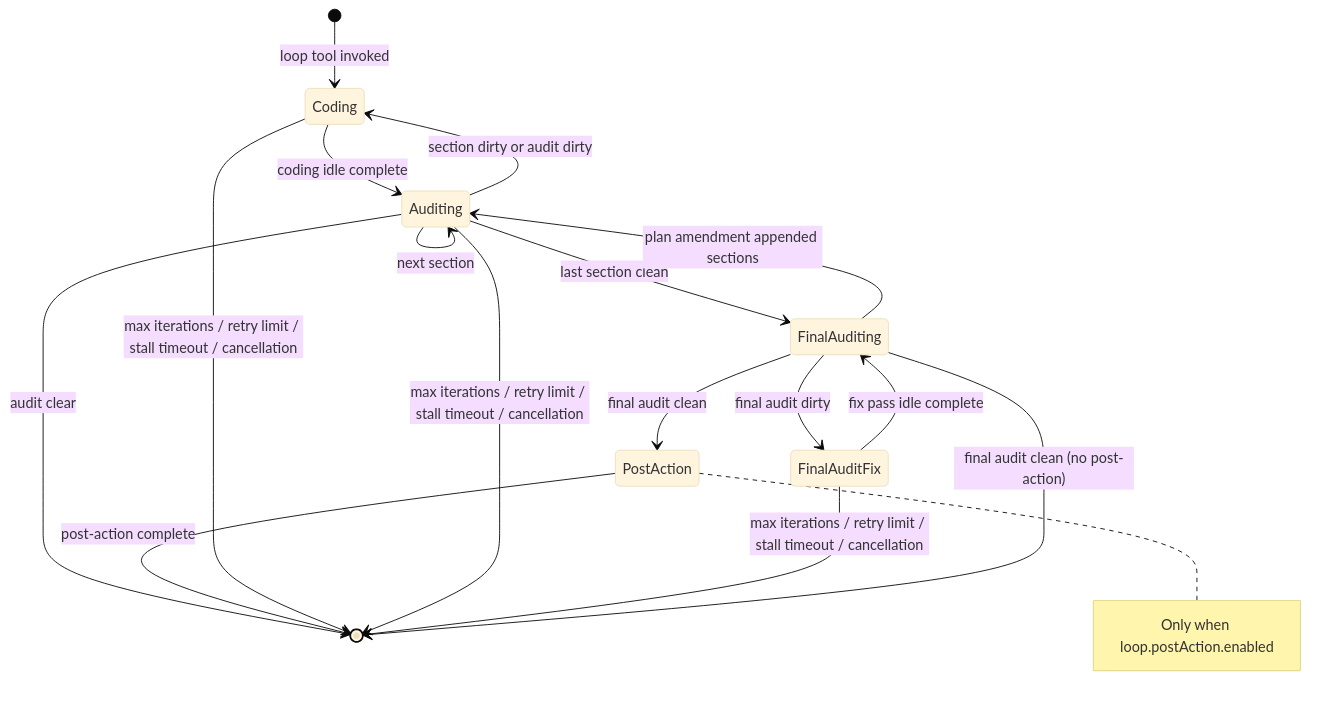
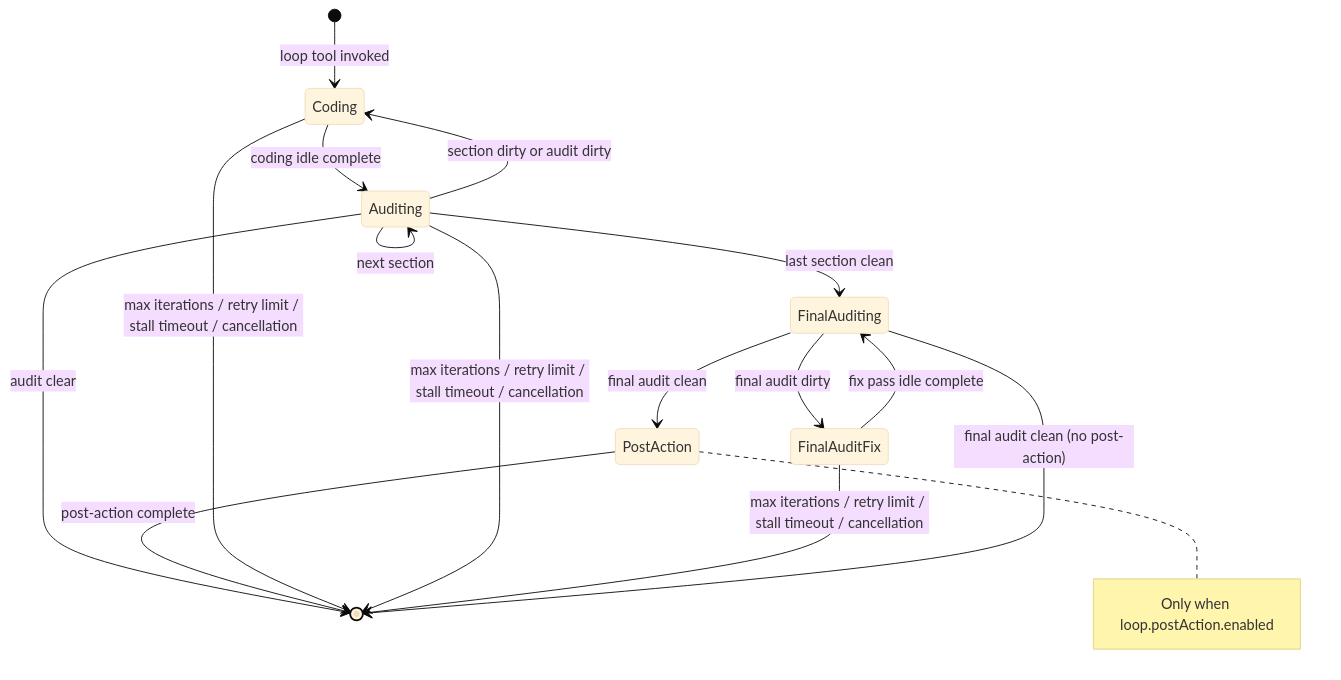
The first of 2 diagrams in docs/loop-system.md (chriswritescode-dev/opencode-forge), drawn with Mermaid (base theme) before and after one commit. The commit also changed other lines of this file and 24 other files, not shown here.

Commit message:
refactor(loop): amend effective section plan via plan-adjust and harden section amendment validation

````diff
--- a/docs/loop-system.md
+++ b/docs/loop-system.md
@@ -35,19 +35,18 @@
 ```mermaid
 stateDiagram-v2
     [*] --> Coding: loop tool invoked
     Coding --> Auditing: coding idle complete
     Auditing --> Coding: section dirty or audit dirty
     Auditing --> Auditing: next section
     Auditing --> FinalAuditing: last section clean
     Auditing --> [*]: audit clear
     FinalAuditing --> FinalAuditFix: final audit dirty
     FinalAuditFix --> FinalAuditing: fix pass idle complete
-    FinalAuditing --> Auditing: plan amendment appended sections
     FinalAuditing --> PostAction: final audit clean
     note right of PostAction: Only when loop.postAction.enabled
     PostAction --> [*]: post-action complete
     Coding --> [*]: max iterations / retry limit / stall timeout / cancellation
     Auditing --> [*]: max iterations / retry limit / stall timeout / cancellation
     FinalAuditFix --> [*]: max iterations / retry limit / stall timeout / cancellation
     FinalAuditing --> [*]: final audit clean (no post-action)
 ```
````
